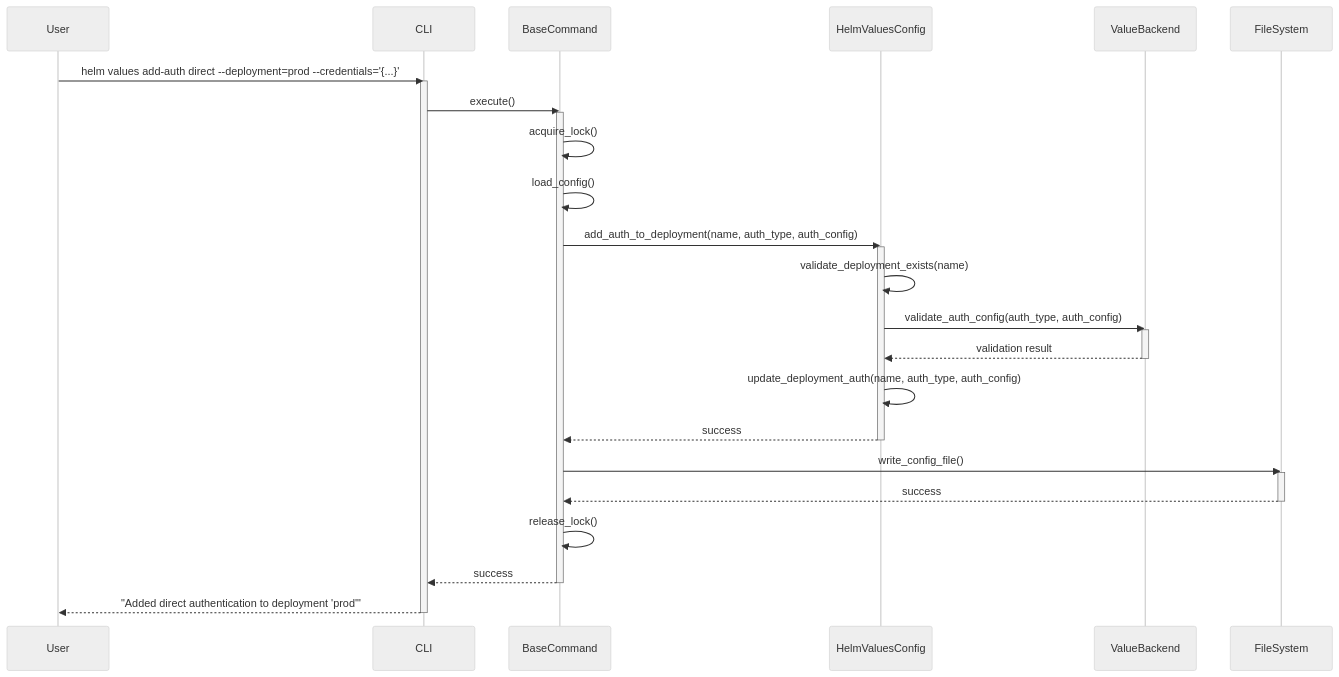
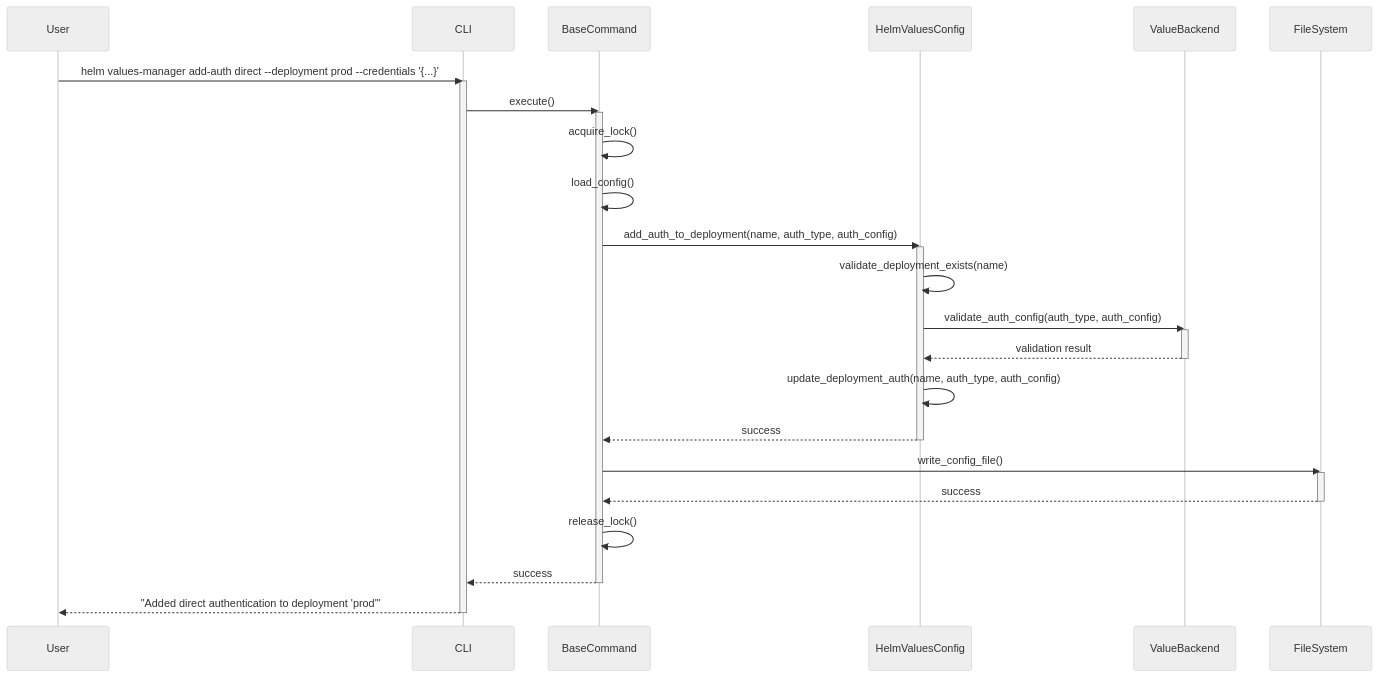
One commit to Zipstack/helm-values-manager changed the fifth of 14 diagrams in docs/Design/sequence-diagrams.md. Above: the diagram before and after it, drawn with Mermaid (neutral theme). The commit also changed other lines of this file, not shown here.

First line of the commit message:
docs: update sequence diagrams with correct command flags

````diff
--- a/docs/Design/sequence-diagrams.md
+++ b/docs/Design/sequence-diagrams.md
@@ -168,41 +168,41 @@
 ```mermaid
 sequenceDiagram
     participant User
     participant CLI
     participant BaseCommand
     participant HelmValuesConfig
     participant ValueBackend
 
-    User->>CLI: helm values add-auth direct --deployment=prod --credentials='{...}'
+    User->>CLI: helm values-manager add-auth direct --deployment prod --credentials '{...}'
     activate CLI
 
     CLI->>BaseCommand: execute()
     activate BaseCommand
 
     BaseCommand->>BaseCommand: acquire_lock()
     BaseCommand->>BaseCommand: load_config()
     BaseCommand->>HelmValuesConfig: add_auth_to_deployment(name, auth_type, auth_config)
     activate HelmValuesConfig
 
     HelmValuesConfig->>HelmValuesConfig: validate_deployment_exists(name)
     HelmValuesConfig->>ValueBackend: validate_auth_config(auth_type, auth_config)
     activate ValueBackend
     ValueBackend-->>HelmValuesConfig: validation result
     deactivate ValueBackend
 
     HelmValuesConfig->>HelmValuesConfig: update_deployment_auth(name, auth_type, auth_config)
     HelmValuesConfig-->>BaseCommand: success
     deactivate HelmValuesConfig
 
     BaseCommand->>FileSystem: write_config_file()
     activate FileSystem
     FileSystem-->>BaseCommand: success
     deactivate FileSystem
 
     BaseCommand->>BaseCommand: release_lock()
     BaseCommand-->>CLI: success
     deactivate BaseCommand
 
     CLI-->>User: "Added direct authentication to deployment 'prod'"
     deactivate CLI
 ```
````
